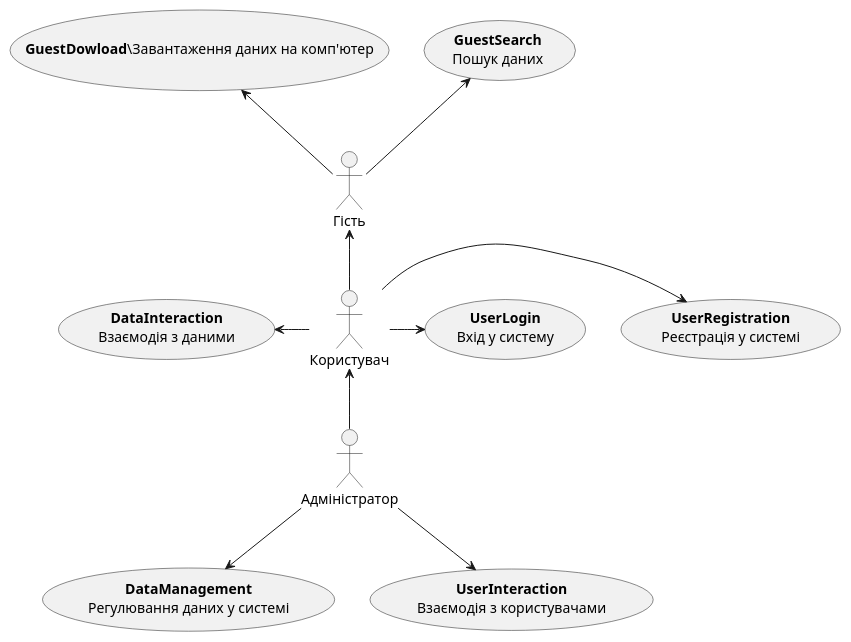
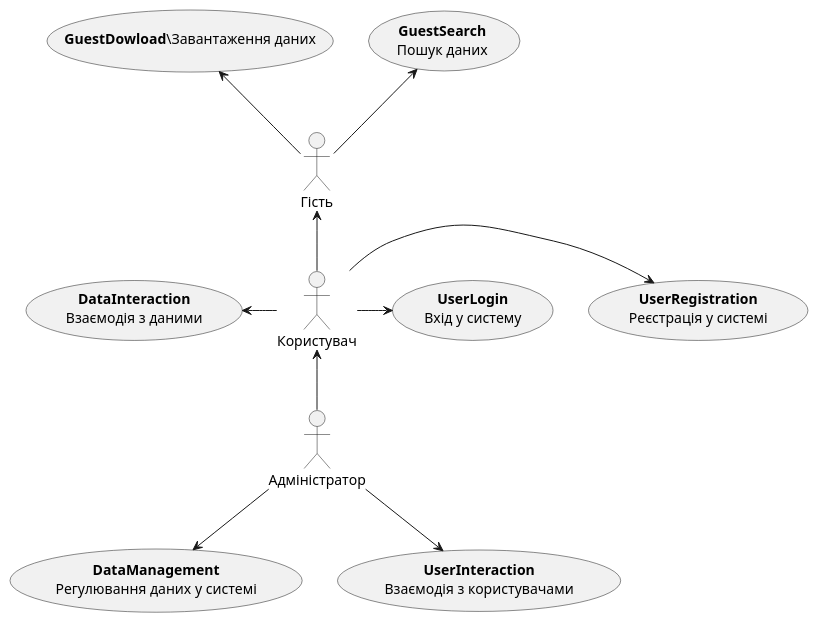
Before and after one commit to notnuff/edu_db_labs-IM-21: the first of 18 diagrams in docs/use cases/README.md, drawn with PlantUML. The commit also changed other lines of this file, not shown here.

Commit message:
Fix scenaries uml

```diff
--- a/docs/use cases/README.md
+++ b/docs/use cases/README.md
@@ -5,28 +5,28 @@
 @startuml
 
     actor "Гість" as Guest
     actor "Користувач" as User
     actor "Адміністратор" as Administrator
 
     usecase "<b>GuestSearch</b>\nПошук даних" as GuestSearch
-    usecase "<b>GuestDowload</b>\Завантаження даних на комп'ютер" as GuestDowload
+    usecase "<b>GuestDowload</b>\Завантаження даних" as GuestDowload
     usecase "<b>UserRegistration</b>\nРеєстрація у системі" as UserRegistration
     usecase "<b>UserLogin</b>\nВхід у систему" as UserLogin
     usecase "<b>DataInteraction</b>\nВзаємодія з даними" as DataInteraction
     usecase "<b>DataManagement</b>\nРегулювання даних у системі" as DataManagement
     usecase "<b>UserInteraction</b>\nВзаємодія з користувачами" as UserInteraction
 
     User -u-> Guest
     Administrator -u-> User
 
     Guest -u-> GuestSearch
     Guest -u-> GuestDowload
 
     User -r->  UserRegistration
     User -r->  UserLogin
     User -l->  DataInteraction
 
     Administrator -d-> DataManagement
     Administrator -d-> UserInteraction
 
 @enduml
```
